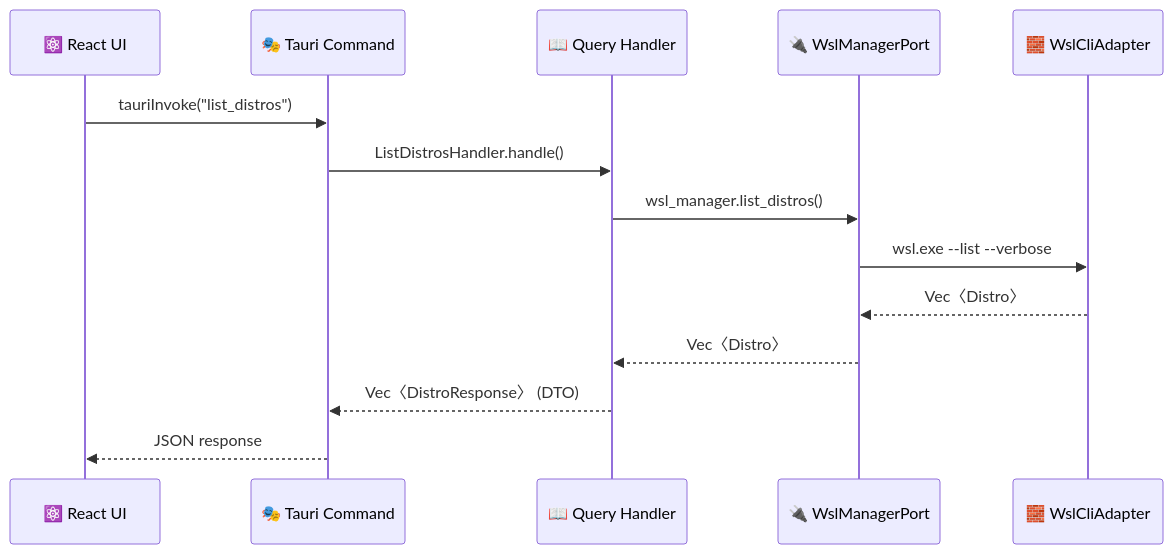
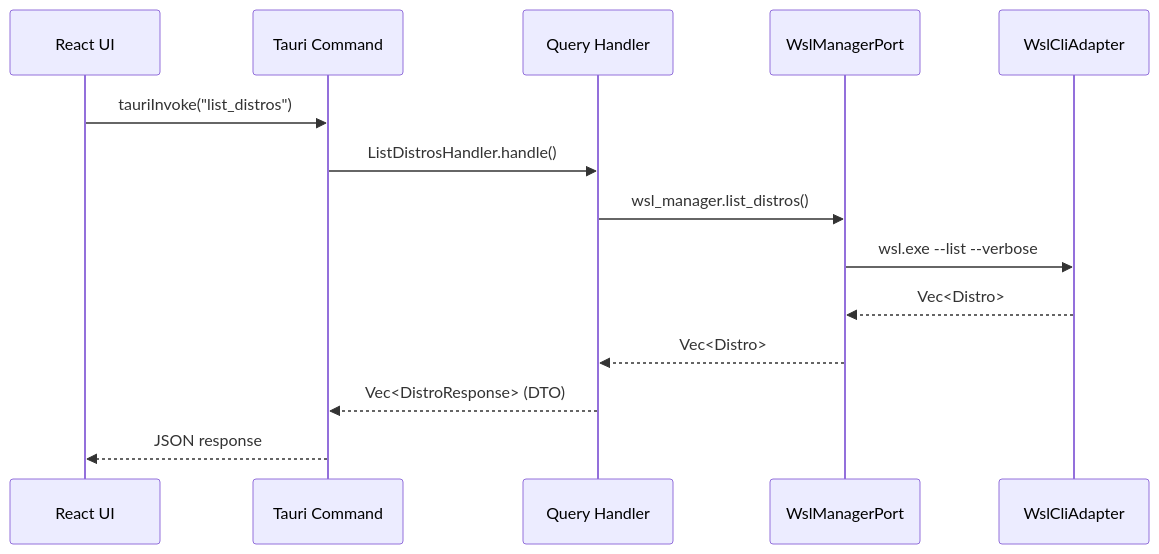
The third of 4 diagrams in README.md (muchiny/wsl-dashboard), drawn with Mermaid before and after one commit. The commit also changed other lines of this file and 10 other files, not shown here.

First line of the commit message:
docs: update all 11 READMEs to reflect current architecture

````diff
--- a/README.md
+++ b/README.md
@@ -108,17 +99,17 @@
 ```mermaid
 sequenceDiagram
-    participant UI as ⚛️ React UI
-    participant TC as 🎭 Tauri Command
-    participant QH as 📖 Query Handler
-    participant Port as 🔌 WslManagerPort
-    participant Adapter as 🧱 WslCliAdapter
+    participant UI as React UI
+    participant TC as Tauri Command
+    participant QH as Query Handler
+    participant Port as WslManagerPort
+    participant Adapter as WslCliAdapter
 
     UI->>TC: tauriInvoke("list_distros")
     TC->>QH: ListDistrosHandler.handle()
     QH->>Port: wsl_manager.list_distros()
     Port->>Adapter: wsl.exe --list --verbose
-    Adapter-->>Port: Vec〈Distro〉
-    Port-->>QH: Vec〈Distro〉
-    QH-->>TC: Vec〈DistroResponse〉 (DTO)
+    Adapter-->>Port: Vec<Distro>
+    Port-->>QH: Vec<Distro>
+    QH-->>TC: Vec<DistroResponse> (DTO)
     TC-->>UI: JSON response
 ```
````
